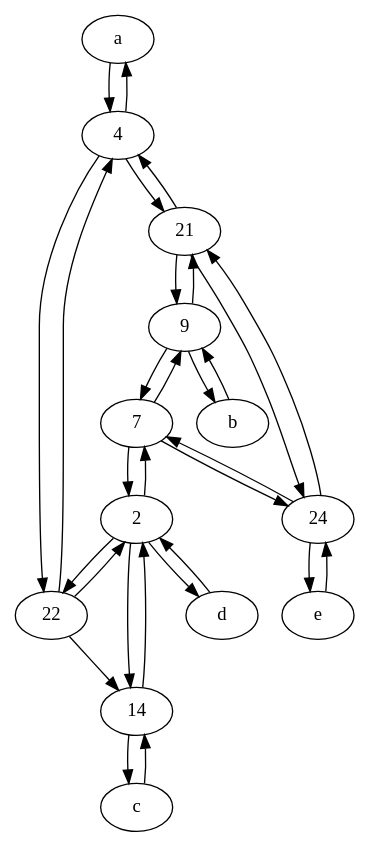
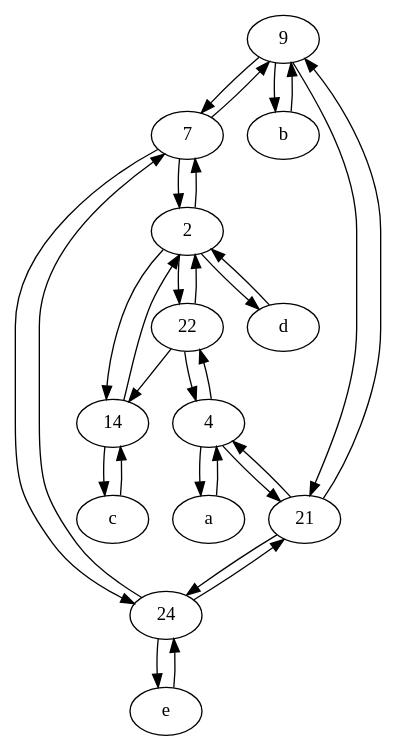
One commit to anisabnis/graph_inference changed the diagram in results_distance/att/topologyorig.dot. Above: the diagram before and after it, drawn with Graphviz. The commit also changed other lines of this file and 156 other files, not shown here.

```diff
--- a/results_distance/att/topologyorig.dot
+++ b/results_distance/att/topologyorig.dot
@@ -1,45 +1,45 @@
 digraph  {
+	9;
+	7;
+	b [pos="50,20!"];
+	c [pos="20,10!"];
+	14;
+	24;
+	22;
+	d [pos="20,30!"];
+	2;
+	e [pos="30,50!"];
+	21;
+	4;
 	a [pos="40,10!"];
-	d [pos="20,30!"];
-	e [pos="30,50!"];
-	b [pos="50,20!"];
-	7;
-	22;
-	9;
-	14;
-	4;
-	24;
-	21;
-	2;
-	c [pos="20,10!"];
-	4 -> 22;
-	2 -> 7;
+	22 -> 14;
+	22 -> 4;
 	24 -> 21;
-	4 -> 21;
-	22 -> 2;
-	22 -> 4;
-	d -> 2;
-	9 -> b;
+	21 -> 9;
+	2 -> 22;
 	e -> 24;
-	2 -> d;
-	14 -> 2;
-	9 -> 21;
 	21 -> 4;
-	2 -> 22;
 	4 -> a;
 	a -> 4;
-	22 -> 14;
+	2 -> 14;
+	c -> 14;
+	14 -> c;
+	9 -> b;
+	d -> 2;
+	b -> 9;
+	21 -> 24;
+	7 -> 2;
+	9 -> 21;
+	4 -> 22;
+	4 -> 21;
 	24 -> e;
-	7 -> 2;
+	24 -> 7;
+	9 -> 7;
 	7 -> 9;
-	21 -> 9;
-	21 -> 24;
-	c -> 14;
-	2 -> 14;
-	24 -> 7;
-	b -> 9;
 	7 -> 24;
-	9 -> 7;
-	14 -> c;
+	14 -> 2;
+	2 -> d;
+	2 -> 7;
+	22 -> 2;
 
 	}
```
